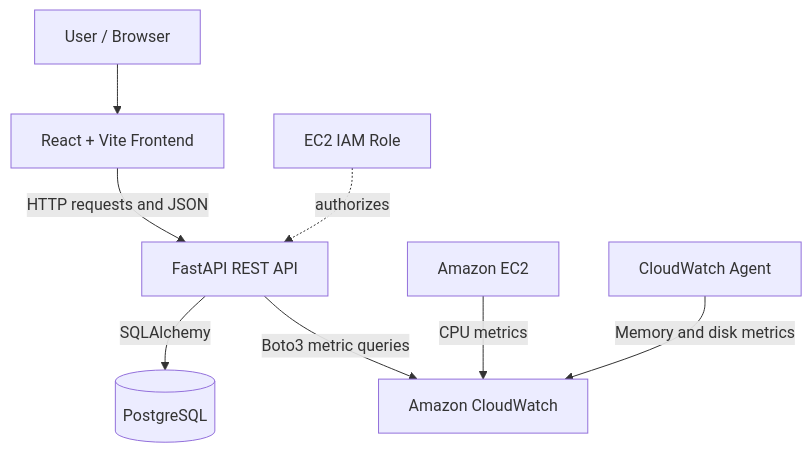
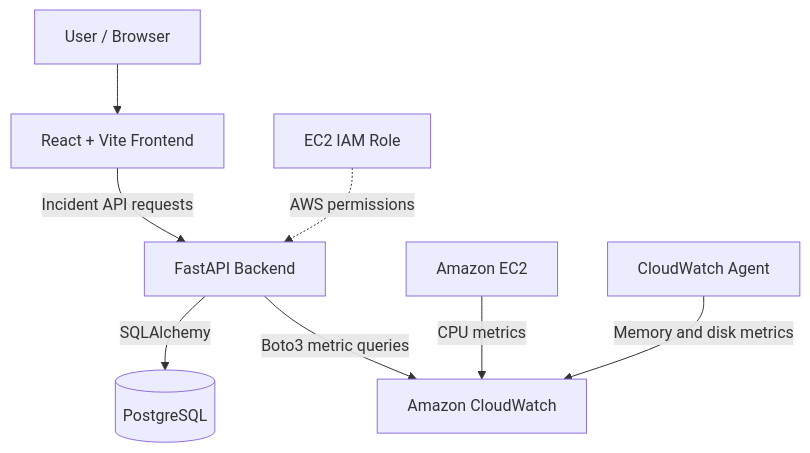
One commit to Bharath9542530187/CloudOps-Nexus changed the diagram in docs/architecture.md. Above: the diagram before and after it, drawn with Mermaid. The commit also changed other lines of this file, not shown here.

````diff
--- a/docs/architecture.md
+++ b/docs/architecture.md
@@ -7,10 +7,10 @@
 ```mermaid
 flowchart TB
     USER[User / Browser] --> UI[React + Vite Frontend]
-    UI -->|HTTP requests and JSON| API[FastAPI REST API]
+    UI -->|Incident API requests| API[FastAPI Backend]
     API -->|SQLAlchemy| DB[(PostgreSQL)]
     API -->|Boto3 metric queries| CW[Amazon CloudWatch]
     EC2[Amazon EC2] -->|CPU metrics| CW
     AGENT[CloudWatch Agent] -->|Memory and disk metrics| CW
-    IAM[EC2 IAM Role] -. authorizes .-> API
+    IAM[EC2 IAM Role] -. AWS permissions .-> API
 ```
````
